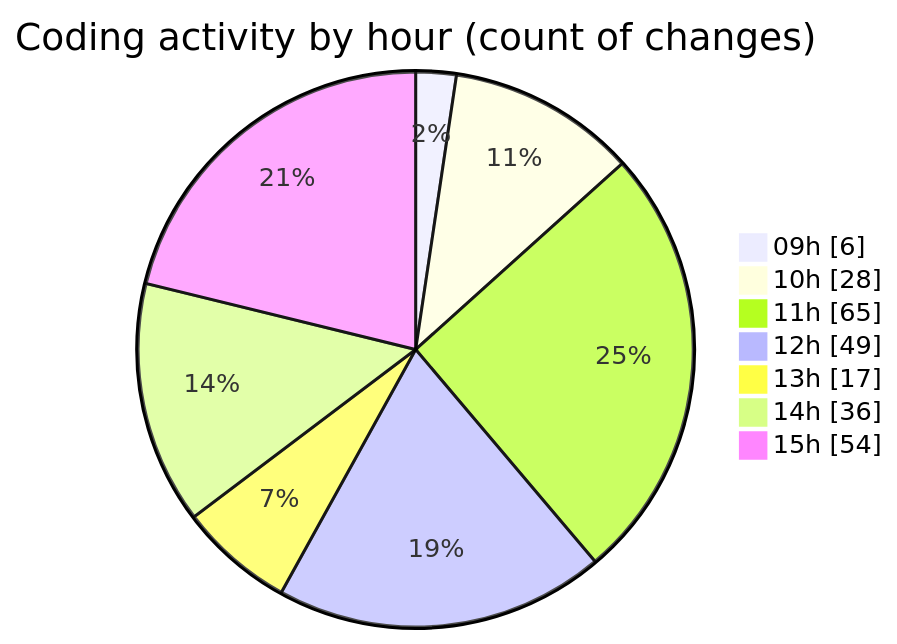
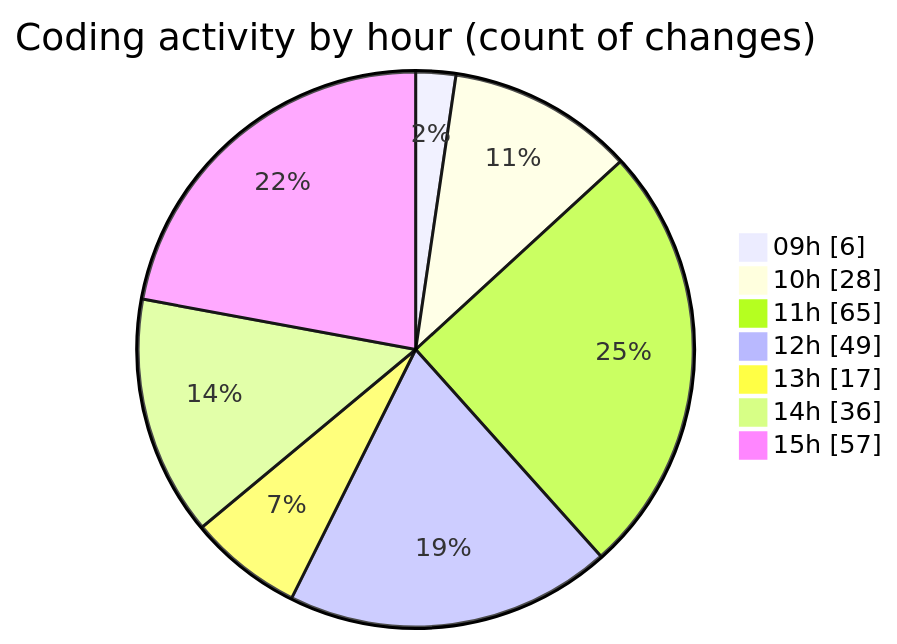
Before and after one commit to momahboobian/code-tracking: the second of 2 diagrams in 2025-03-27/cda/README.md, drawn with Mermaid. The commit also changed other lines of this file and 1 other file, not shown here.

````diff
--- a/2025-03-27/cda/README.md
+++ b/2025-03-27/cda/README.md
@@ -31,11 +31,11 @@
 ```mermaid
 pie showData
 title Coding activity by hour (count of changes)
 "09h" : 6
 "10h" : 28
 "11h" : 65
 "12h" : 49
 "13h" : 17
 "14h" : 36
-"15h" : 54
+"15h" : 57
 ```
````
